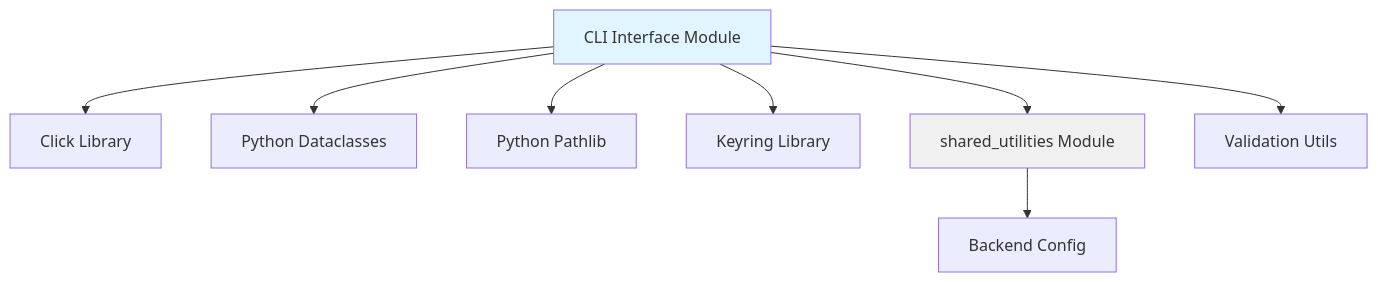
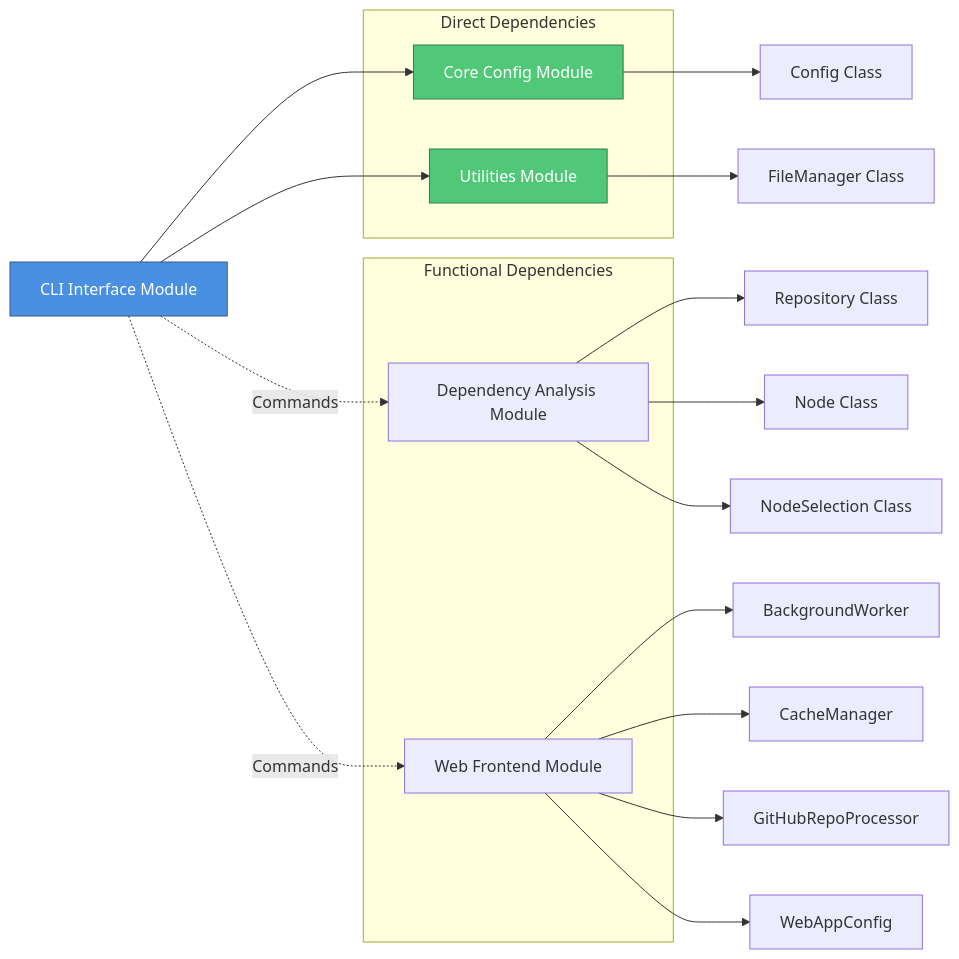
Diagram 14 of 17 in docs/cli_interface.md (lsu123/ai-agent), drawn with Mermaid before and after one commit. The commit also changed other lines of this file and 10 other files, not shown here.

````diff
--- a/docs/cli_interface.md
+++ b/docs/cli_interface.md
@@ -617,15 +521,35 @@
 ```mermaid
-graph TD
-    CLI[CLI Interface Module] --> Click[Click Library]
-    CLI --> Dataclasses[Python Dataclasses]
-    CLI --> Pathlib[Python Pathlib]
-    CLI --> Keyring[Keyring Library]
+graph LR
+    CLI[CLI Interface Module]
     
-    CLI --> SharedUtils[shared_utilities Module]
-    CLI --> Validation[Validation Utils]
+    subgraph "Direct Dependencies"
+        CoreConfig[Core Config Module]
+        Utils[Utilities Module]
+    end
     
-    SharedUtils --> Config[Backend Config]
+    subgraph "Functional Dependencies"
+        DepAnalysis[Dependency Analysis Module]
+        WebFE[Web Frontend Module]
+    end
     
-    style CLI fill:#e1f5ff
-    style SharedUtils fill:#f0f0f0
+    CLI --> CoreConfig
+    CLI --> Utils
+    CLI -.->|Commands| DepAnalysis
+    CLI -.->|Commands| WebFE
+    
+    CoreConfig --> Config[Config Class]
+    Utils --> FileManager[FileManager Class]
+    
+    DepAnalysis --> Repository[Repository Class]
+    DepAnalysis --> Node[Node Class]
+    DepAnalysis --> NodeSelection[NodeSelection Class]
+    
+    WebFE --> BgWorker[BackgroundWorker]
+    WebFE --> CacheManager[CacheManager]
+    WebFE --> GitHubProcessor[GitHubRepoProcessor]
+    WebFE --> WebConfig[WebAppConfig]
+    
+    style CLI fill:#4A90E2,stroke:#2E5C8A,color:#fff
+    style CoreConfig fill:#50C878,stroke:#2E7D4E,color:#fff
+    style Utils fill:#50C878,stroke:#2E7D4E,color:#fff
 ```
````
